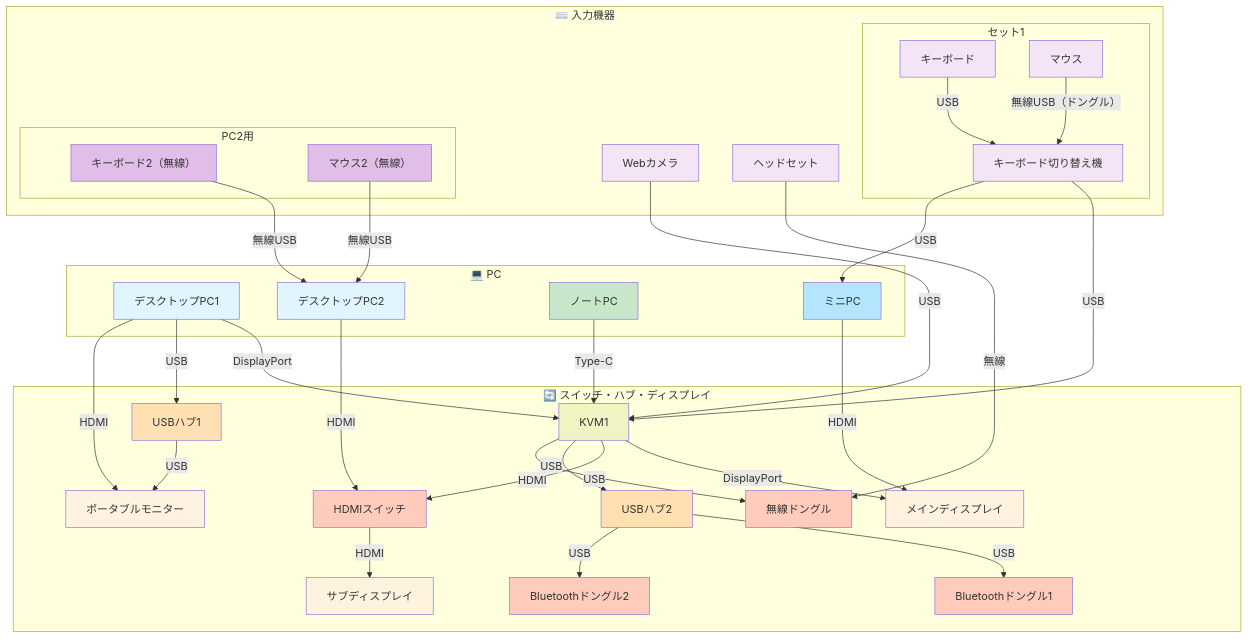
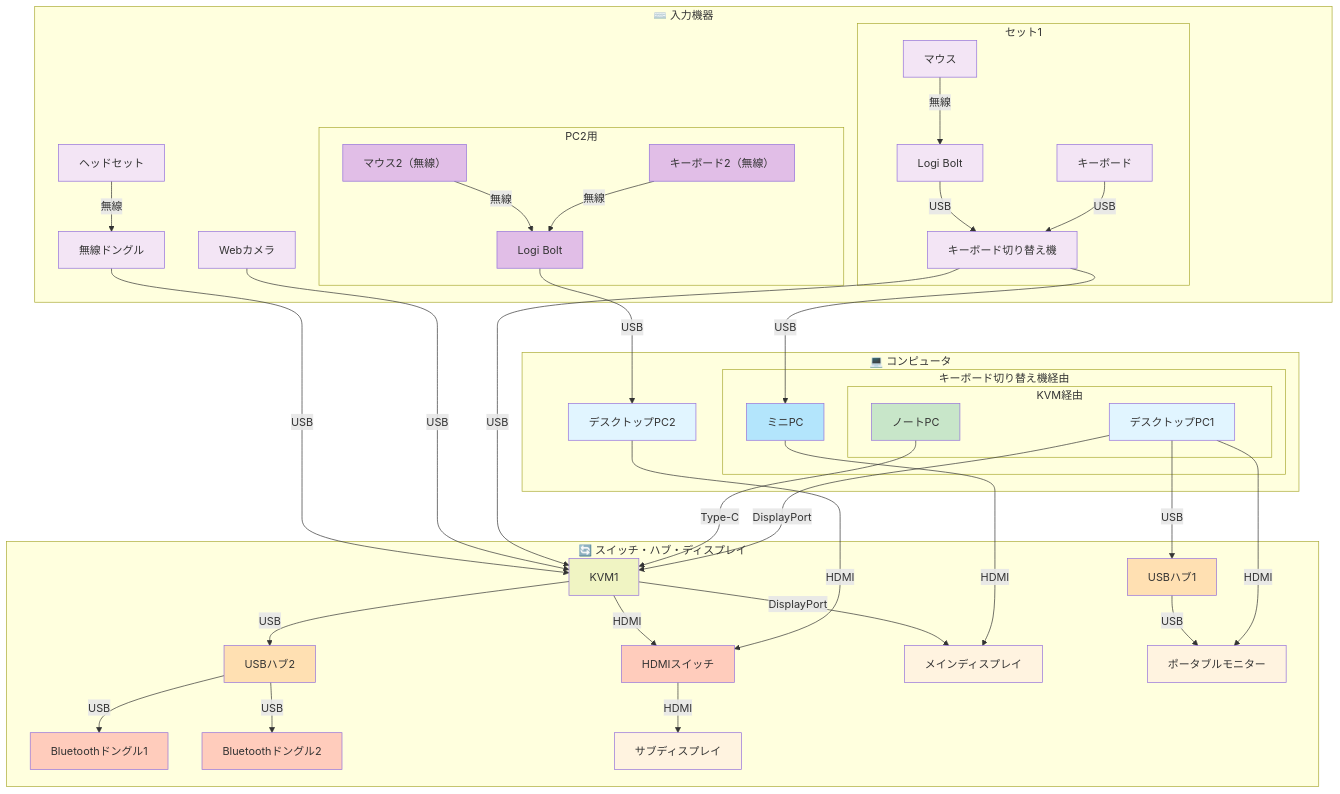
The diagram in デスク設計.md (nuitsjp/MyEnvironments), drawn with Mermaid before and after one commit. The commit also changed other lines of this file, not shown here.

Commit message:
接続図の入力機器を整理し、PC2用の無線ドングルとLogi Boltを追加。デバイス一覧を更新し、接続方式を明確化。

````diff
--- a/デスク設計.md
+++ b/デスク設計.md
@@ -7,27 +7,36 @@
     subgraph INPUT["⌨️ 入力機器"]
         WEBCAM["Webカメラ"]
         HEADSET["ヘッドセット"]
+        WSDONGLE["無線ドングル"]
 
         subgraph SET1["セット1"]
             KB["キーボード"]
             MOUSE["マウス"]
             KBSW["キーボード切り替え機"]
+            LOGIBOLT1["Logi Bolt"]
         end
 
         subgraph PC2INPUT["PC2用"]
             KB2["キーボード2（無線）"]
             MOUSE2["マウス2（無線）"]
+            LOGIBOLT["Logi Bolt"]
         end
     end
 
-    INPUT ~~~ PC
+    INPUT ~~~ COMPUTERS
     INPUT ~~~ SWITCH
 
-    subgraph PC["💻 PC"]
-        PC1["デスクトップPC1"]
+    subgraph COMPUTERS["💻 コンピュータ"]
         PC2["デスクトップPC2"]
-        NOTEBOOK["ノートPC"]
-        MINIPC["ミニPC"]
+
+        subgraph PC["キーボード切り替え機経由"]
+            MINIPC["ミニPC"]
+
+            subgraph KVM_GROUP["KVM経由"]
+                PC1["デスクトップPC1"]
+                NOTEBOOK["ノートPC"]
+            end
+        end
     end
 
     subgraph SWITCH["🔄 スイッチ・ハブ・ディスプレイ"]
@@ -37,7 +46,6 @@
         HDMISW["HDMIスイッチ"]
         BT1["Bluetoothドングル1"]
         BT2["Bluetoothドングル2"]
-        WSDONGLE["無線ドングル"]
         DIS1["メインディスプレイ"]
         DIS2["サブディスプレイ"]
         DIS3["ポータブルモニター"]
@@ -52,8 +60,9 @@
     MINIPC -->|HDMI| DIS1
 
     PC2 -->|HDMI| HDMISW
-    KB2 -->|無線USB| PC2
-    MOUSE2 -->|無線USB| PC2
+    KB2 -->|無線| LOGIBOLT
+    MOUSE2 -->|無線| LOGIBOLT
+    LOGIBOLT -->|USB| PC2
 
     KVM1 -->|DisplayPort| DIS1
     KVM1 -->|HDMI| HDMISW
@@ -66,7 +75,8 @@
     KBSW -->|USB| MINIPC
 
     KB -->|USB| KBSW
-    MOUSE -->|無線USB（ドングル）| KBSW
+    MOUSE -->|無線| LOGIBOLT1
+    LOGIBOLT1 -->|USB| KBSW
     WEBCAM -->|USB| KVM1
 
     KVM1 -->|USB| HUB2
@@ -75,8 +85,7 @@
     HUB2 -->|USB| BT2
 
     HEADSET -->|無線| WSDONGLE
-
-    KVM1 -->|USB| WSDONGLE
+    WSDONGLE -->|USB| KVM1
 
     style PC1 fill:#e1f5ff
     style PC2 fill:#e1f5ff
@@ -96,7 +105,9 @@
     style KBSW fill:#f3e5f5
     style WEBCAM fill:#f3e5f5
     style HEADSET fill:#f3e5f5
+    style WSDONGLE fill:#f3e5f5
     style KB2 fill:#e1bee7
     style MOUSE2 fill:#e1bee7
-    style WSDONGLE fill:#ffccbc
+    style LOGIBOLT fill:#e1bee7
+    style LOGIBOLT1 fill:#f3e5f5
 ```
````
